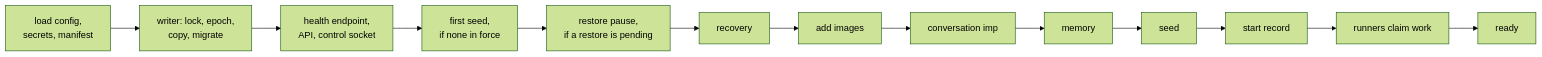
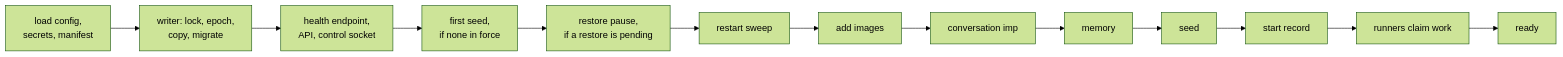
One commit to zgeoff/nixie changed the diagram in docs/architecture/deployment/server.md. Above: the diagram before and after it, drawn with Mermaid (forest theme). The commit also changed other lines of this file and 49 other files, not shown here.

First line of the commit message:
refactor(tasks): rename crash recovery to the restart sweep (#1438)

````diff
--- a/docs/architecture/deployment/server.md
+++ b/docs/architecture/deployment/server.md
@@ -40,8 +41,8 @@
 ```mermaid
 flowchart LR
   L["load config,<br>secrets, manifest"] --> W["writer: lock, epoch,<br>copy, migrate"]
   W --> H["health endpoint,<br>API, control socket"]
   H --> S0["first seed,<br>if none in force"]
-  S0 --> RP["restore pause,<br>if a restore is pending"] --> R["recovery"] --> I["add images"] --> C["conversation imp"] --> M["memory"]
+  S0 --> RP["restore pause,<br>if a restore is pending"] --> R["restart sweep"] --> I["add images"] --> C["conversation imp"] --> M["memory"]
   M --> S["seed"] --> SR["start record"] --> RU["runners claim work"] --> Y["ready"]
 ```
````
